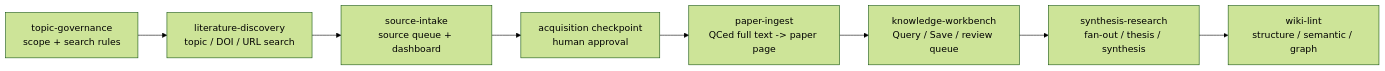
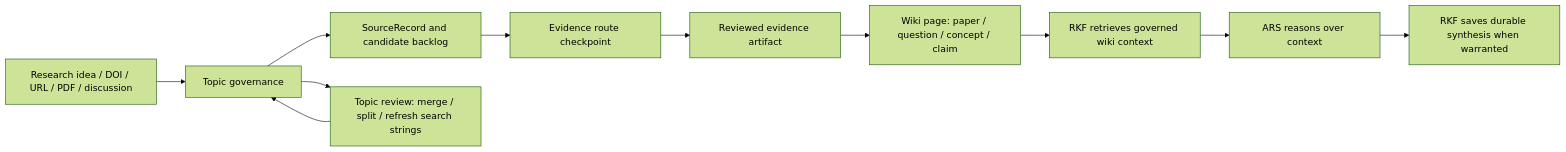
The diagram in README.md (ChenHau-Lan/ResearchWiki), drawn with Mermaid (forest theme) before and after one commit. The commit also changed other lines of this file and 261 other files, not shown here.

````diff
--- a/README.md
+++ b/README.md
@@ -76,10 +66,13 @@
 ```mermaid
 flowchart LR
-    A["literature-discovery<br/>topic / DOI / URL search"] --> B["source-intake<br/>source queue + dashboard"]
-    B --> C["acquisition checkpoint<br/>human approval"]
-    C --> D["paper-ingest<br/>QCed full text -> paper page"]
-    D --> E["knowledge-workbench<br/>Query / Save / review queue"]
-    E --> F["synthesis-research<br/>fan-out / thesis / synthesis"]
-    G["topic-governance<br/>scope + search rules"] --> A
-    F --> H["wiki-lint<br/>structure / semantic / graph"]
+    A["Research idea / DOI / URL / PDF / discussion"] --> B["Topic governance"]
+    B --> C["SourceRecord and candidate backlog"]
+    C --> D["Evidence route checkpoint"]
+    D --> E["Reviewed evidence artifact"]
+    E --> F["Wiki page: paper / question / concept / claim"]
+    F --> G["RKF retrieves governed wiki context"]
+    G --> H["ARS reasons over context"]
+    H --> I["RKF saves durable synthesis when warranted"]
+    B --> J["Topic review: merge / split / refresh search strings"]
+    J --> B
 ```
````
